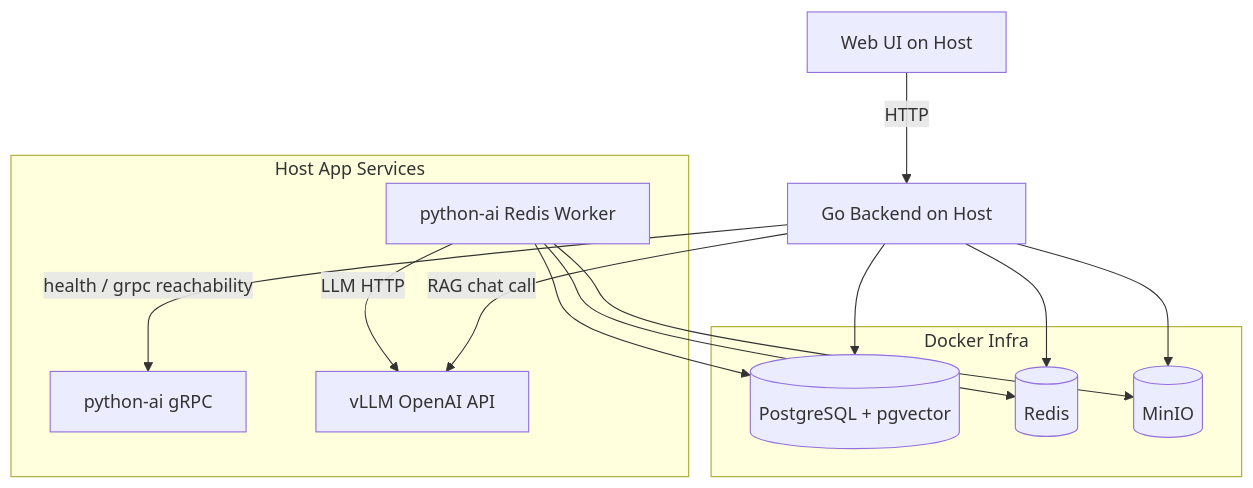
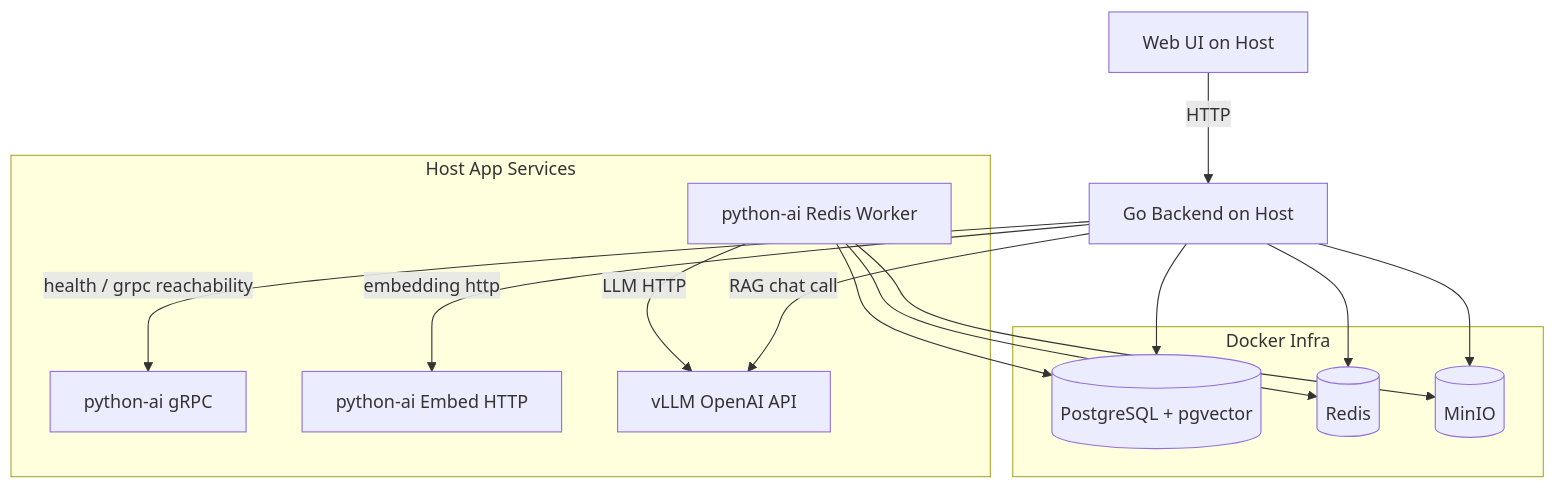
Before and after one commit to Planckbaka/thinkbank: the diagram in PRD.md, drawn with Mermaid. The commit also changed other lines of this file and 27 other files, not shown here.

````diff
--- a/PRD.md
+++ b/PRD.md
@@ -69,28 +72,30 @@
 ```mermaid
 graph TD
     User[Web UI on Host] -->|HTTP| GoAPI[Go Backend on Host]
 
     subgraph Docker Infra
       PG[(PostgreSQL + pgvector)]
       Redis[(Redis)]
       MinIO[(MinIO)]
     end
 
     subgraph Host App Services
       PyGRPC[python-ai gRPC]
+      PyEmbed[python-ai Embed HTTP]
       PyWorker[python-ai Redis Worker]
       vLLM[vLLM OpenAI API]
     end
 
     GoAPI --> PG
     GoAPI --> MinIO
     GoAPI --> Redis
     GoAPI -->|health / grpc reachability| PyGRPC
+    GoAPI -->|embedding http| PyEmbed
 
     PyWorker --> Redis
     PyWorker --> MinIO
     PyWorker --> PG
     PyWorker -->|LLM HTTP| vLLM
 
     GoAPI -->|RAG chat call| vLLM
 ```
````
